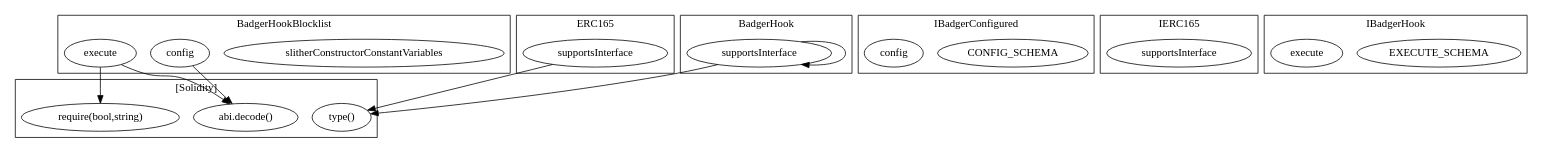
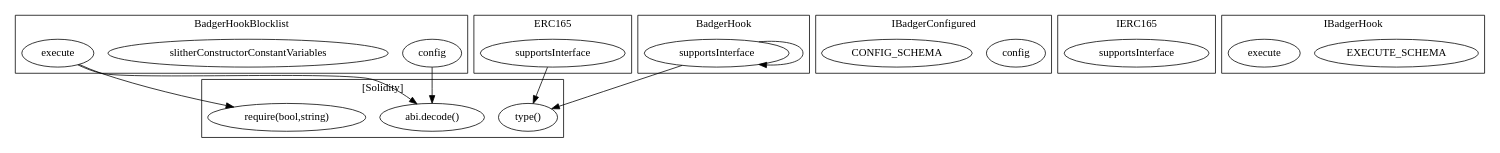
One commit to FlipsideCrypto/badger changed the diagram in contracts/build/...BadgerHookBlocklist.call-graph.dot. Above: the diagram before and after it, drawn with Graphviz. The commit also changed other lines of this file and 21 other files, not shown here.

```diff
--- a/contracts/build/...BadgerHookBlocklist.call-graph.dot
+++ b/contracts/build/...BadgerHookBlocklist.call-graph.dot
@@ -1,36 +1,36 @@
 strict digraph {
 subgraph cluster_5410_BadgerHookBlocklist {
 label = "BadgerHookBlocklist"
+"5410_config" [label="config"]
 "5410_slitherConstructorConstantVariables" [label="slitherConstructorConstantVariables"]
-"5410_config" [label="config"]
 "5410_execute" [label="execute"]
 }subgraph cluster_6468_IBadgerConfigured {
 label = "IBadgerConfigured"
+"6468_config" [label="config"]
 "6468_CONFIG_SCHEMA" [label="CONFIG_SCHEMA"]
-"6468_config" [label="config"]
 }subgraph cluster_3081_ERC165 {
 label = "ERC165"
 "3081_supportsInterface" [label="supportsInterface"]
 }subgraph cluster_3093_IERC165 {
 label = "IERC165"
 "3093_supportsInterface" [label="supportsInterface"]
 }subgraph cluster_6488_IBadgerHook {
 label = "IBadgerHook"
 "6488_EXECUTE_SCHEMA" [label="EXECUTE_SCHEMA"]
 "6488_execute" [label="execute"]
 }subgraph cluster_4956_BadgerHook {
 label = "BadgerHook"
 "4956_supportsInterface" [label="supportsInterface"]
 "4956_supportsInterface" -> "4956_supportsInterface"
 }subgraph cluster_solidity {
 label = "[Solidity]"
+"require(bool,string)" 
 "abi.decode()" 
-"require(bool,string)" 
 "type()" 
+"5410_config" -> "abi.decode()"
 "5410_execute" -> "require(bool,string)"
 "4956_supportsInterface" -> "type()"
-"5410_config" -> "abi.decode()"
 "3081_supportsInterface" -> "type()"
 "5410_execute" -> "abi.decode()"
 }
 }
```
